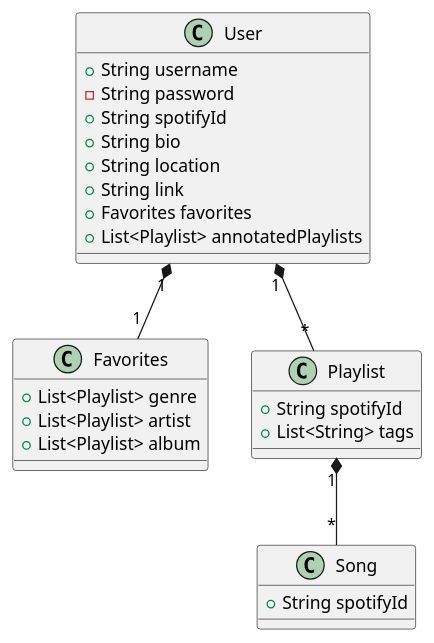
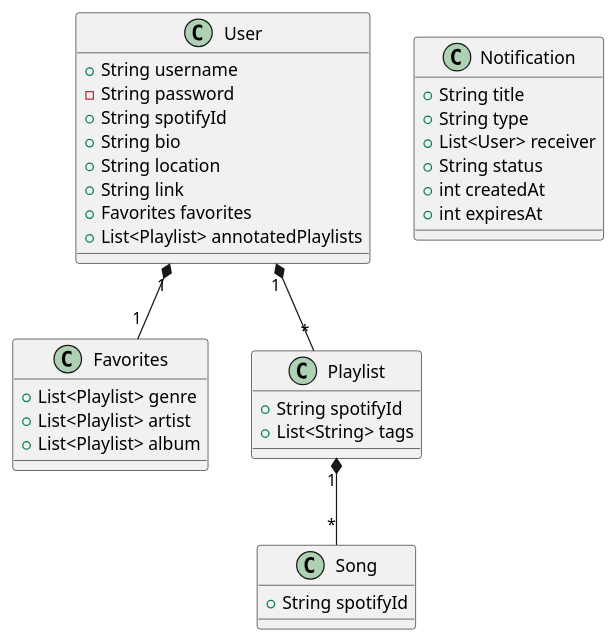
One commit to kadelk04/Spinterest changed the diagram in db_structure.puml. Above: the diagram before and after it, drawn with PlantUML. The commit also changed 1 other file, not shown here.

Commit message:
basic notification model + uml

```diff
--- a/db_structure.puml
+++ b/db_structure.puml
@@ -2,37 +2,47 @@
 @startuml db_structure
 'Users structure'
 class User {
     +String username
     -String password
     +String spotifyId
     +String bio
     +String location
     +String link
     +Favorites favorites
     +List<Playlist> annotatedPlaylists
 }
 
 'Favorites structure'
 class Favorites {
     +List<Playlist> genre
     +List<Playlist> artist
     +List<Playlist> album
 }
 
 'Playlist structure'
 class Playlist {
     +String spotifyId
     +List<String> tags
 }
 
 'Song structure'
 class Song {
     +String spotifyId
 }
 
+'Notification Structure'
+class Notification {
+    +String title
+    +String type
+    +List<User> receiver
+    +String status
+    +int createdAt
+    +int expiresAt
+}
+
 Playlist "1" *-- "*" Song
 
 User "1" *-- "*" Playlist
 
 User "1" *-- "1" Favorites
 @enduml
```
